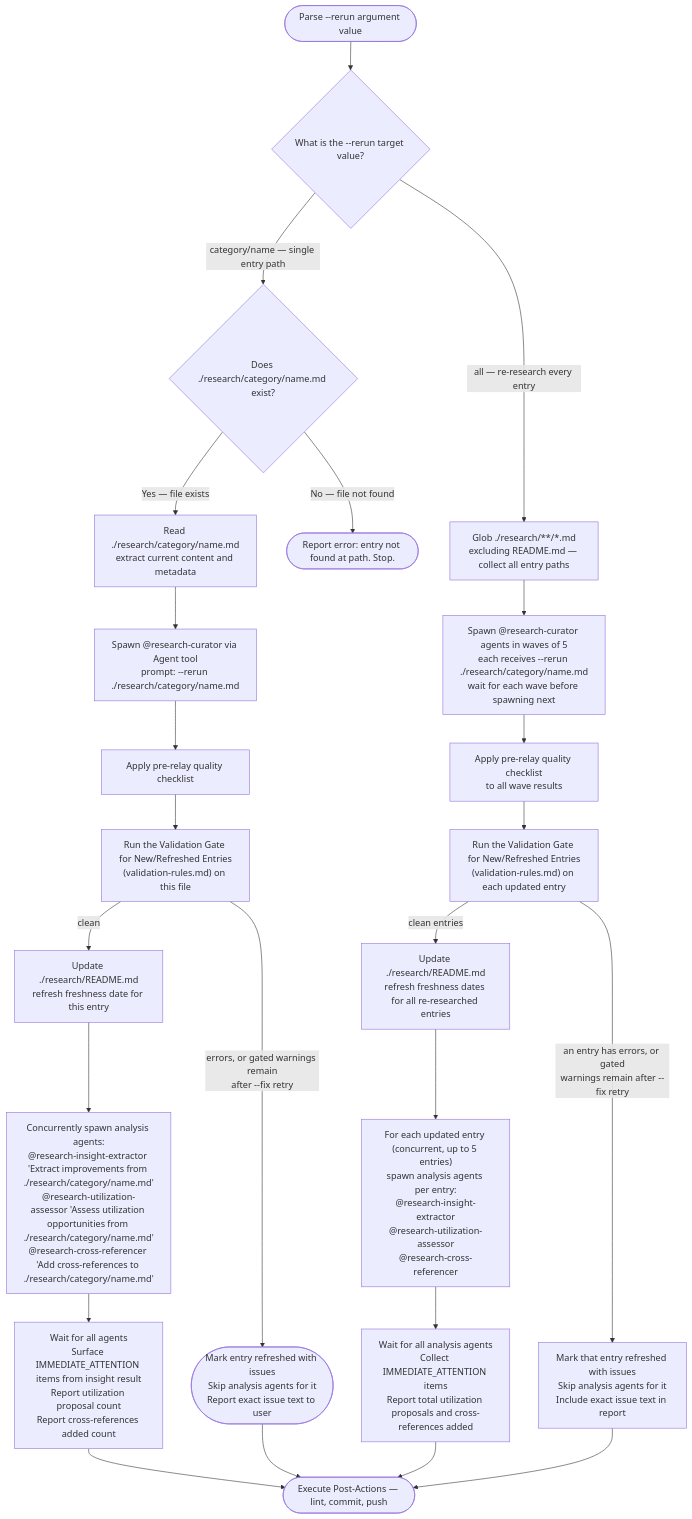
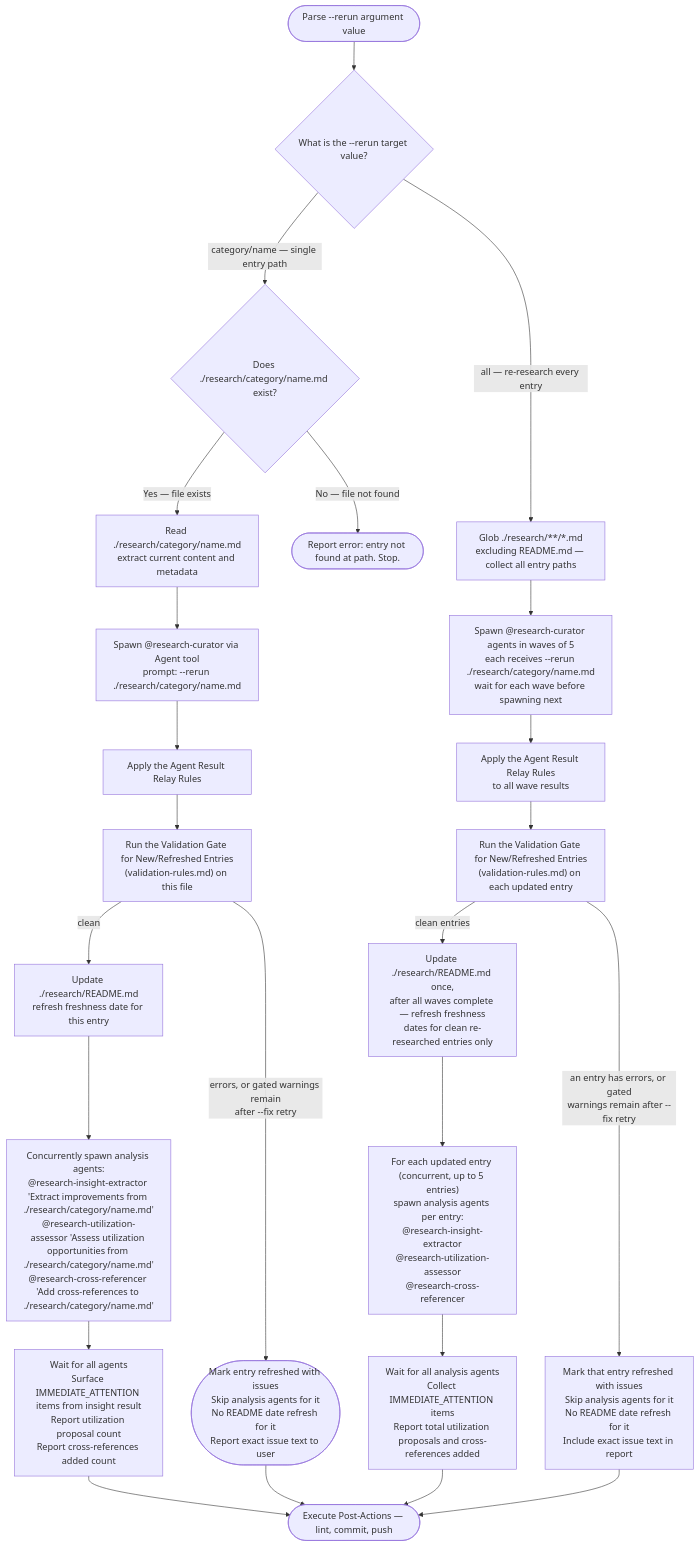
The second of 3 diagrams in .claude/skills/research-curator/SKILL.md (Jamie-BitFlight/claude_skills), drawn with Mermaid before and after one commit. The commit also changed other lines of this file, not shown here.

First line of the commit message:
refactor(research-curator): cut SKILL.md to the text that changes an outcome

````diff
--- a/.claude/skills/research-curator/SKILL.md
+++ b/.claude/skills/research-curator/SKILL.md
@@ -227,26 +174,26 @@
 ```mermaid
 flowchart TD
     Start(["Parse --rerun argument value"]) --> Q{"What is the --rerun target value?"}
     Q -->|"category/name — single entry path"| VerifyFile{"Does ./research/category/name.md exist?"}
     Q -->|"all — re-research every entry"| FindAll["Glob ./research/**/*.md<br>excluding README.md — collect all entry paths"]
     VerifyFile -->|"No — file not found"| Missing(["Report error: entry not found at path. Stop."])
     VerifyFile -->|"Yes — file exists"| ReadFile["Read ./research/category/name.md<br>extract current content and metadata"]
     ReadFile --> Spawn1["Spawn @research-curator via Agent tool<br>prompt: --rerun ./research/category/name.md"]
-    Spawn1 --> RelayCheck1["Apply pre-relay quality checklist"]
+    Spawn1 --> RelayCheck1["Apply the Agent Result Relay Rules"]
     RelayCheck1 --> Validate1["Run the Validation Gate for New/Refreshed Entries<br>(validation-rules.md) on this file"]
-    Validate1 -->|"errors, or gated warnings remain<br>after --fix retry"| Issues1(["Mark entry refreshed with issues<br>Skip analysis agents for it<br>Report exact issue text to user"])
+    Validate1 -->|"errors, or gated warnings remain<br>after --fix retry"| Issues1(["Mark entry refreshed with issues<br>Skip analysis agents for it<br>No README date refresh for it<br>Report exact issue text to user"])
     Validate1 -->|"clean"| UpdateDate["Update ./research/README.md<br>refresh freshness date for this entry"]
     FindAll --> WaveSpawn["Spawn @research-curator agents in waves of 5<br>each receives --rerun ./research/category/name.md<br>wait for each wave before spawning next"]
-    WaveSpawn --> RelayCheck2["Apply pre-relay quality checklist<br>to all wave results"]
+    WaveSpawn --> RelayCheck2["Apply the Agent Result Relay Rules<br>to all wave results"]
     RelayCheck2 --> ValidateN["Run the Validation Gate for New/Refreshed Entries<br>(validation-rules.md) on each updated entry"]
-    ValidateN -->|"an entry has errors, or gated<br>warnings remain after --fix retry"| IssuesN["Mark that entry refreshed with issues<br>Skip analysis agents for it<br>Include exact issue text in report"]
-    ValidateN -->|"clean entries"| UpdateDates["Update ./research/README.md<br>refresh freshness dates for all re-researched entries"]
+    ValidateN -->|"an entry has errors, or gated<br>warnings remain after --fix retry"| IssuesN["Mark that entry refreshed with issues<br>Skip analysis agents for it<br>No README date refresh for it<br>Include exact issue text in report"]
+    ValidateN -->|"clean entries"| UpdateDates["Update ./research/README.md once,<br>after all waves complete — refresh freshness<br>dates for clean re-researched entries only"]
     UpdateDate --> SpawnAnalysis1["Concurrently spawn analysis agents:<br>@research-insight-extractor 'Extract improvements from ./research/category/name.md'<br>@research-utilization-assessor 'Assess utilization opportunities from ./research/category/name.md'<br>@research-cross-referencer 'Add cross-references to ./research/category/name.md'"]
     SpawnAnalysis1 --> WaitAnalysis1["Wait for all agents<br>Surface IMMEDIATE_ATTENTION items from insight result<br>Report utilization proposal count<br>Report cross-references added count"]
     WaitAnalysis1 --> PostActions(["Execute Post-Actions — lint, commit, push"])
     Issues1 --> PostActions
     UpdateDates --> SpawnAnalysisN["For each updated entry (concurrent, up to 5 entries)<br>spawn analysis agents per entry:<br>@research-insight-extractor<br>@research-utilization-assessor<br>@research-cross-referencer"]
     SpawnAnalysisN --> WaitAnalysisN["Wait for all analysis agents<br>Collect IMMEDIATE_ATTENTION items<br>Report total utilization proposals and cross-references added"]
     WaitAnalysisN --> PostActions
     IssuesN --> PostActions
 ```
````
